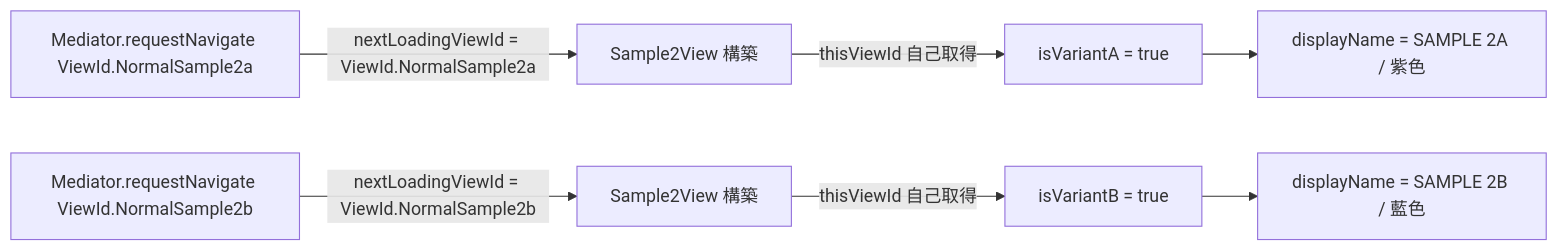
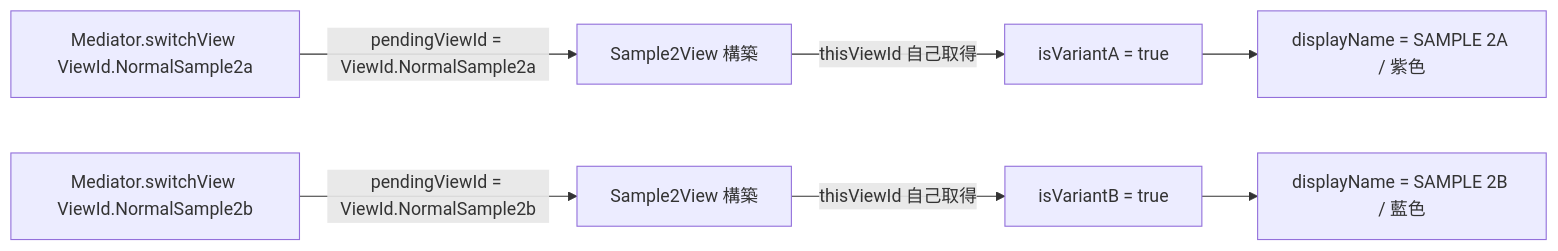
One commit to yuya-kadono/qul-loader-navigation-poc changed the ninth of 11 diagrams in docs/flows.md. Above: the diagram before and after it, drawn with Mermaid. The commit also changed other lines of this file and 40 other files, not shown here.

````diff
--- a/docs/flows.md
+++ b/docs/flows.md
@@ -307,10 +314,10 @@
 ```mermaid
 flowchart LR
-    A[Mediator.requestNavigate ViewId.NormalSample2a] -->|nextLoadingViewId = ViewId.NormalSample2a| B[Sample2View 構築]
+    A[Mediator.switchView ViewId.NormalSample2a] -->|pendingViewId = ViewId.NormalSample2a| B[Sample2View 構築]
     B -->|thisViewId 自己取得| C[isVariantA = true]
     C --> D[displayName = SAMPLE 2A / 紫色]
 
-    E[Mediator.requestNavigate ViewId.NormalSample2b] -->|nextLoadingViewId = ViewId.NormalSample2b| F[Sample2View 構築]
+    E[Mediator.switchView ViewId.NormalSample2b] -->|pendingViewId = ViewId.NormalSample2b| F[Sample2View 構築]
     F -->|thisViewId 自己取得| G[isVariantB = true]
     G --> H[displayName = SAMPLE 2B / 藍色]
 ```
````
